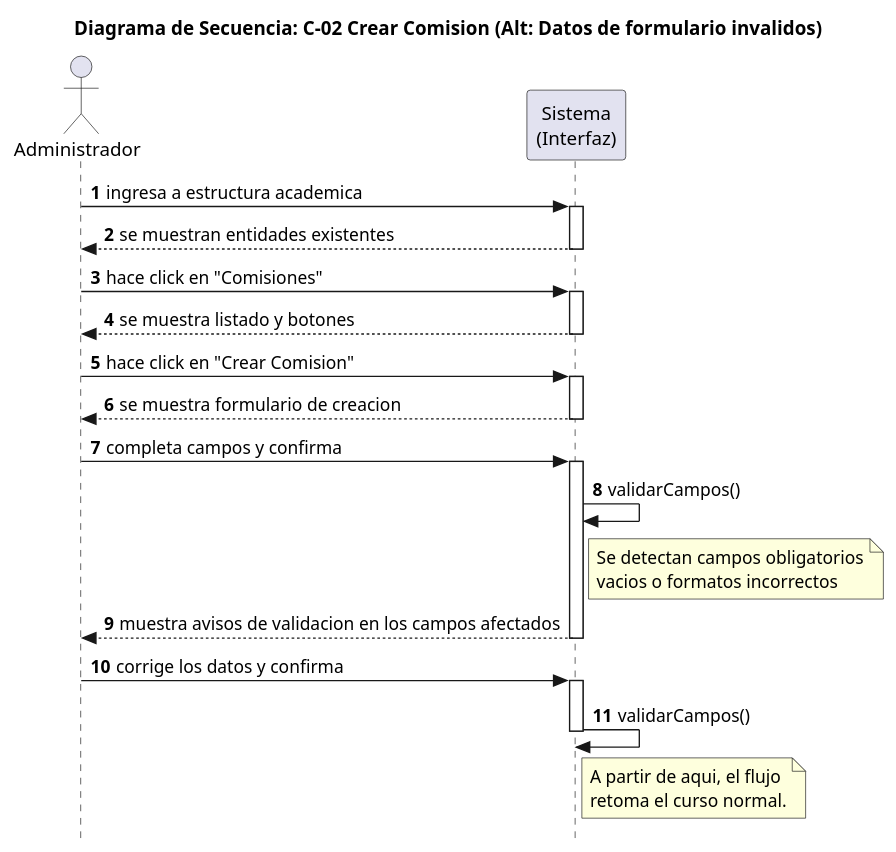
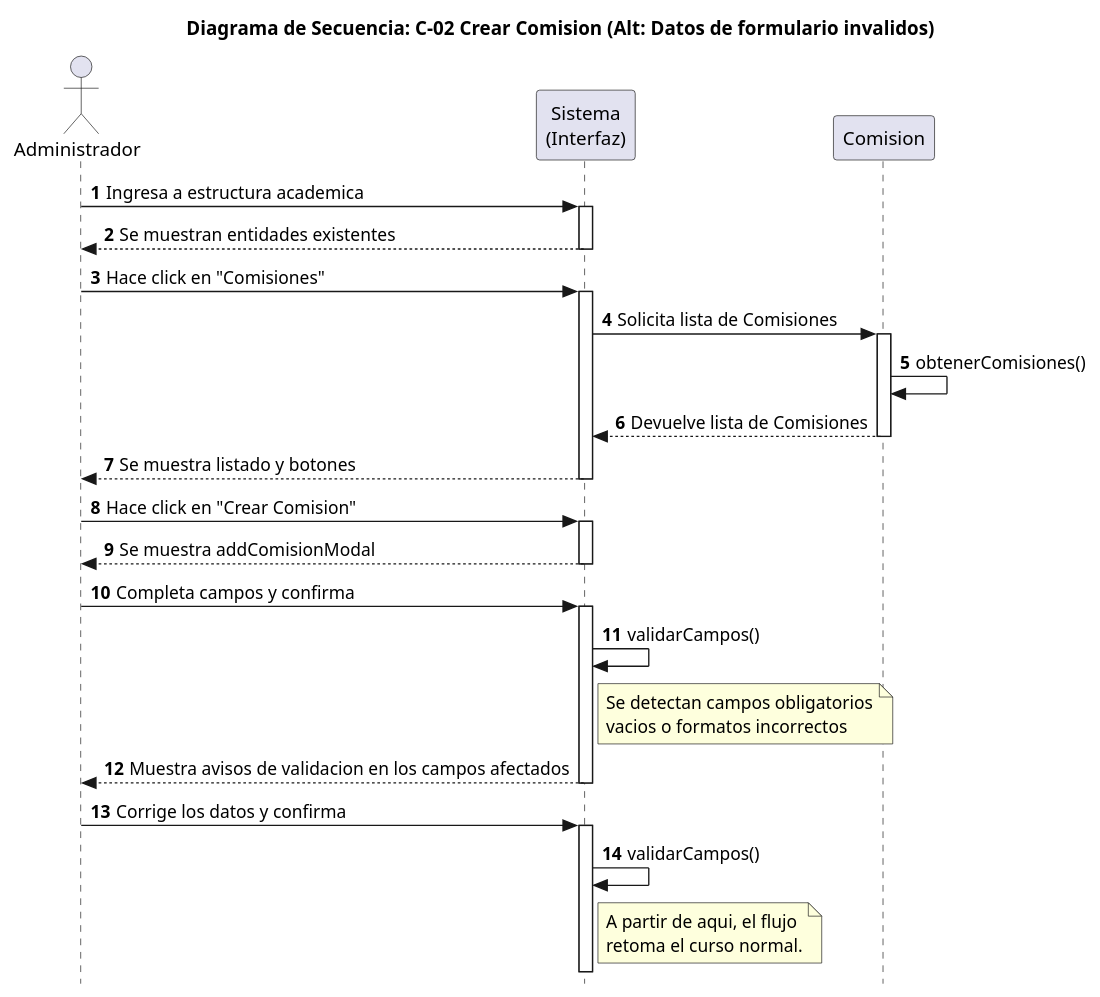
One commit to SantiagoScetti/sic-unne-admin changed the diagram in docs/puml/C-02 Crear Comisión (Datos de formulario inválidos).puml. Above: the diagram before and after it, drawn with PlantUML. The commit also changed 5 other files, not shown here.

Commit message:
Actualizacion de codigos UML

```diff
--- a/docs/puml/C-02 Crear Comisión (Datos de formulario inválidos).puml
+++ b/docs/puml/C-02 Crear Comisión (Datos de formulario inválidos).puml
@@ -1,55 +1,60 @@
 @startuml
 
 title Diagrama de Secuencia: C-02 Crear Comision (Alt: Datos de formulario invalidos)
 
 skinparam style strictuml
 skinparam ParticipantPadding 40
 skinparam BoxPadding 20
 
 autonumber
 
 actor Administrador
 
 participant "Sistema\n(Interfaz)" as Interfaz
+participant "Comision" as C
 
-Administrador -> Interfaz: ingresa a estructura academica
+Administrador -> Interfaz: Ingresa a estructura academica
 activate Interfaz
-Interfaz --> Administrador: se muestran entidades existentes
+Interfaz --> Administrador: Se muestran entidades existentes
 deactivate Interfaz
 
-Administrador -> Interfaz: hace click en "Comisiones"
+Administrador -> Interfaz: Hace click en "Comisiones"
 activate Interfaz
-Interfaz --> Administrador: se muestra listado y botones
+Interfaz -> C: Solicita lista de Comisiones
+activate C
+C -> C: obtenerComisiones()
+Interfaz <-- C: Devuelve lista de Comisiones
+deactivate C
+Interfaz --> Administrador: Se muestra listado y botones
 deactivate Interfaz
 
-Administrador -> Interfaz: hace click en "Crear Comision"
+Administrador -> Interfaz: Hace click en "Crear Comision"
 activate Interfaz
-Interfaz --> Administrador: se muestra formulario de creacion
+Interfaz --> Administrador: Se muestra addComisionModal
 deactivate Interfaz
 
-Administrador -> Interfaz: completa campos y confirma
+Administrador -> Interfaz: Completa campos y confirma
 activate Interfaz
 
 Interfaz -> Interfaz: validarCampos()
 
 note right of Interfaz
   Se detectan campos obligatorios
   vacios o formatos incorrectos
 end note
 
-Interfaz --> Administrador: muestra avisos de validacion en los campos afectados
+Interfaz --> Administrador: Muestra avisos de validacion en los campos afectados
 deactivate Interfaz
 
-Administrador -> Interfaz: corrige los datos y confirma
+Administrador -> Interfaz: Corrige los datos y confirma
 activate Interfaz
 
 Interfaz -> Interfaz: validarCampos()
 
 note right of Interfaz
   A partir de aqui, el flujo
   retoma el curso normal.
 end note
 
-deactivate Interfaz
 
 @enduml
```
